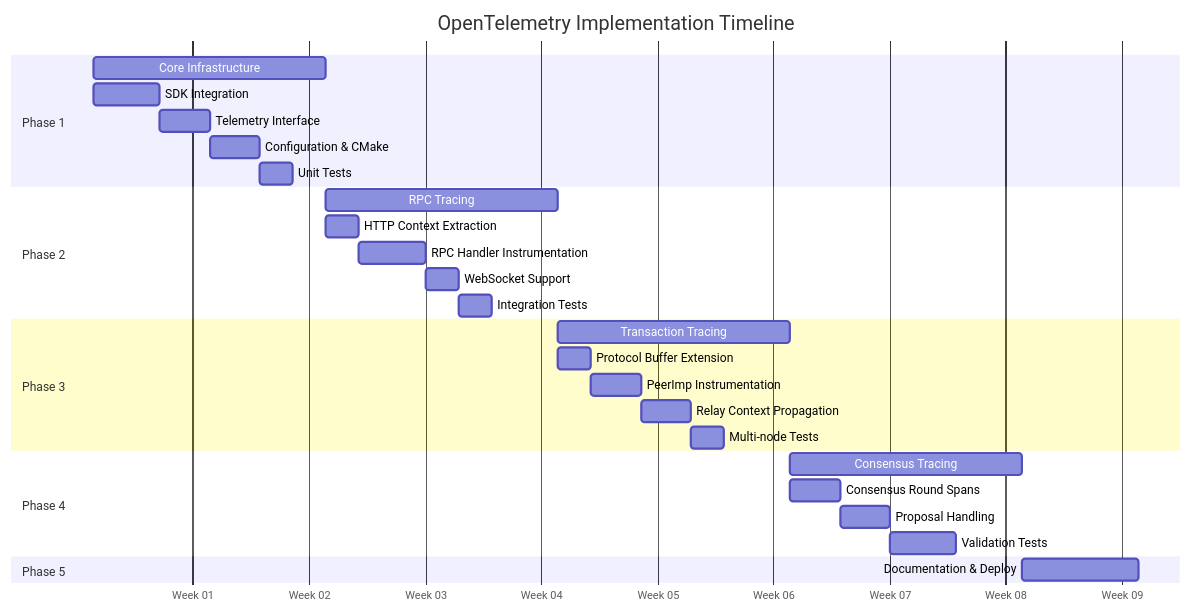
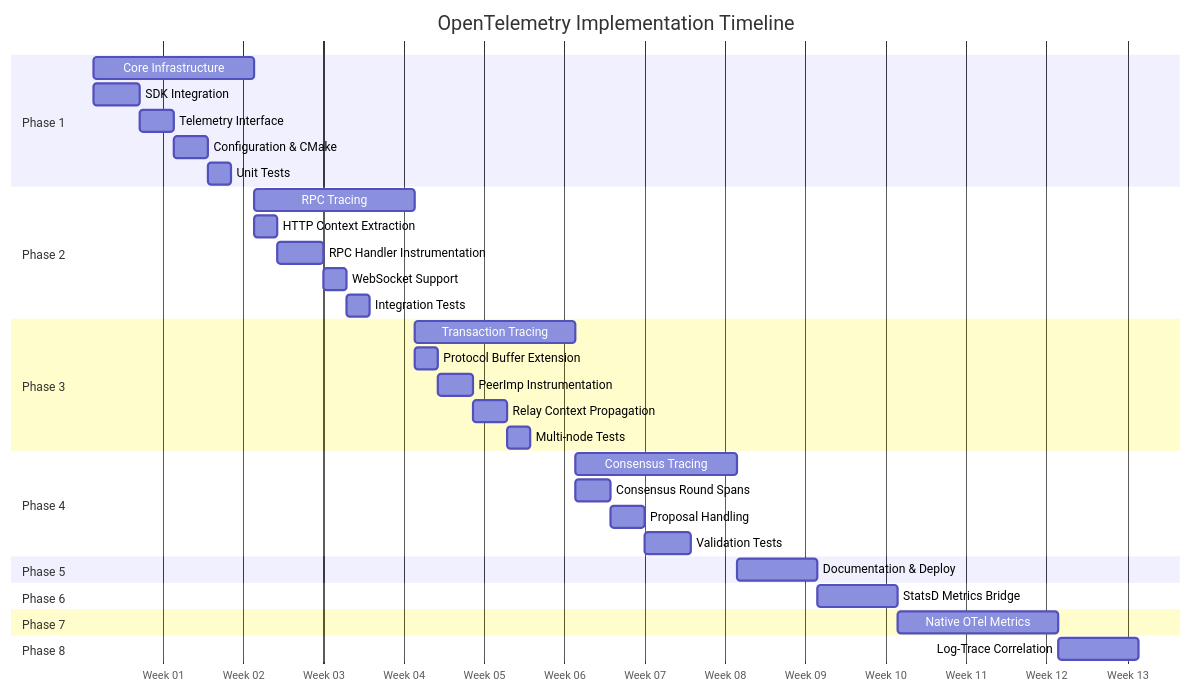
The first of 9 diagrams in OpenTelemetryPlan/06-implementation-phases.md (mvanhorn/rippled), drawn with Mermaid before and after one commit. The commit also changed other lines of this file and 3 other files, not shown here.

First line of the commit message:
Phase 8: Log-trace correlation plan docs and task list

````diff
--- a/OpenTelemetryPlan/06-implementation-phases.md
+++ b/OpenTelemetryPlan/06-implementation-phases.md
@@ -10,36 +10,45 @@
 ```mermaid
 gantt
     title OpenTelemetry Implementation Timeline
     dateFormat  YYYY-MM-DD
     axisFormat  Week %W
 
     section Phase 1
     Core Infrastructure        :p1, 2024-01-01, 2w
     SDK Integration           :p1a, 2024-01-01, 4d
     Telemetry Interface       :p1b, after p1a, 3d
     Configuration & CMake     :p1c, after p1b, 3d
     Unit Tests                :p1d, after p1c, 2d
 
     section Phase 2
     RPC Tracing               :p2, after p1, 2w
     HTTP Context Extraction   :p2a, after p1, 2d
     RPC Handler Instrumentation :p2b, after p2a, 4d
     WebSocket Support         :p2c, after p2b, 2d
     Integration Tests         :p2d, after p2c, 2d
 
     section Phase 3
     Transaction Tracing       :p3, after p2, 2w
     Protocol Buffer Extension :p3a, after p2, 2d
     PeerImp Instrumentation   :p3b, after p3a, 3d
     Relay Context Propagation :p3c, after p3b, 3d
     Multi-node Tests          :p3d, after p3c, 2d
 
     section Phase 4
     Consensus Tracing         :p4, after p3, 2w
     Consensus Round Spans     :p4a, after p3, 3d
     Proposal Handling         :p4b, after p4a, 3d
     Validation Tests          :p4c, after p4b, 4d
 
     section Phase 5
     Documentation & Deploy    :p5, after p4, 1w
+
+    section Phase 6
+    StatsD Metrics Bridge     :p6, after p5, 1w
+
+    section Phase 7
+    Native OTel Metrics       :p7, after p6, 2w
+
+    section Phase 8
+    Log-Trace Correlation     :p8, after p7, 1w
 ```
````
